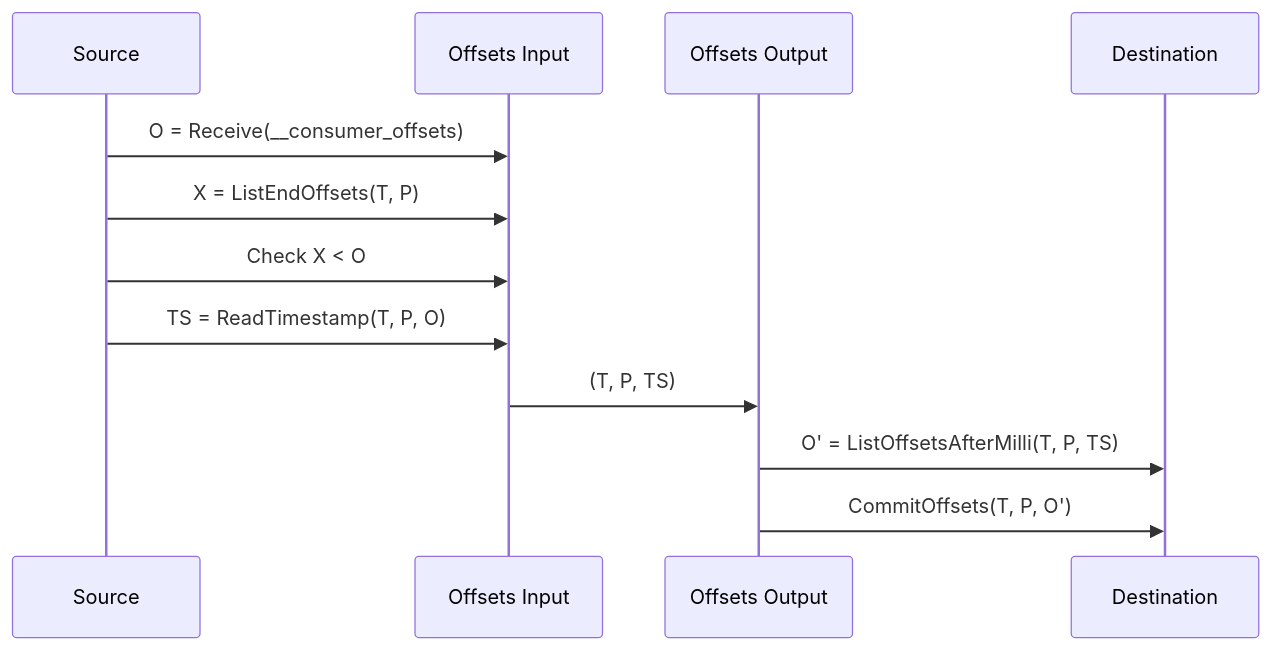
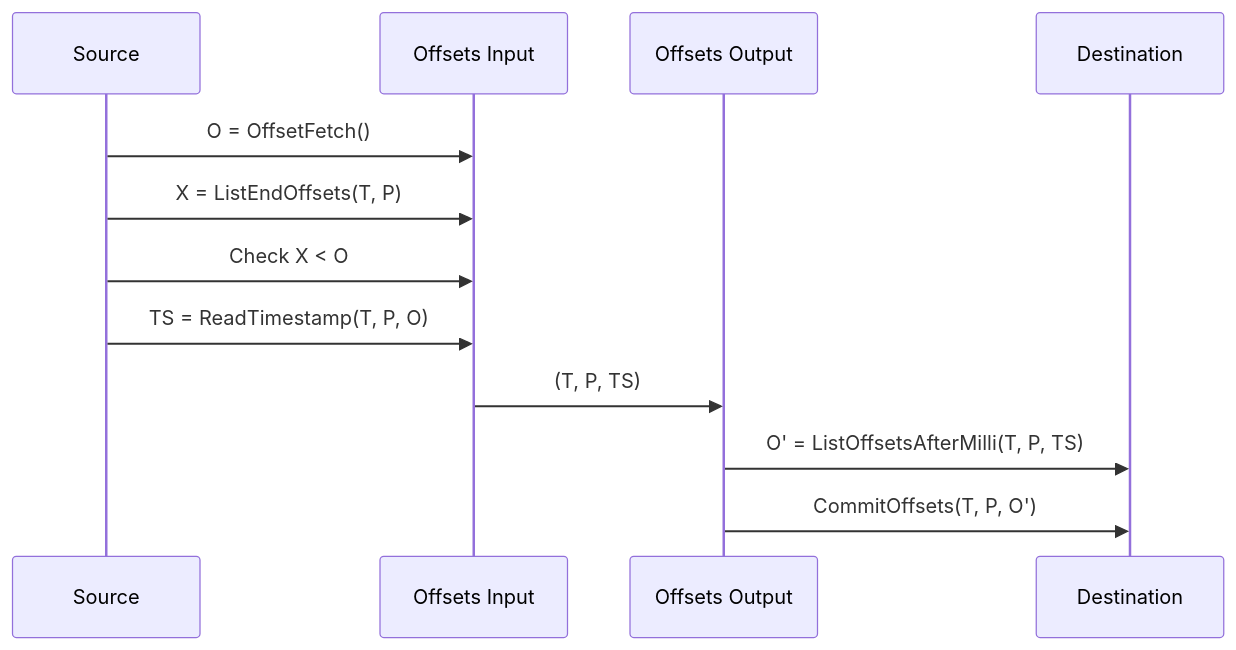
One commit to cyborginc/connect changed the first of 4 diagrams in internal/impl/kafka/redpanda_migrator.md. Above: the diagram before and after it, drawn with Mermaid. The commit also changed other lines of this file, not shown here.

Commit message:
Update Redpanda Migrator sequence diagrams

````diff
--- a/internal/impl/kafka/redpanda_migrator.md
+++ b/internal/impl/kafka/redpanda_migrator.md
@@ -23,16 +23,16 @@
 ```mermaid
 sequenceDiagram
 
 participant Source
 participant Offsets Input
 participant Offsets Output
 participant Destination
 
-Source->>Offsets Input: O = Receive(__consumer_offsets)
+Source->>Offsets Input: O = OffsetFetch()
 Source->>Offsets Input: X = ListEndOffsets(T, P)
 Source->>Offsets Input: Check X < O
 Source->>Offsets Input: TS = ReadTimestamp(T, P, O)
 Offsets Input->>Offsets Output: (T, P, TS)
 Offsets Output->>Destination: O' = ListOffsetsAfterMilli(T, P, TS)
 Offsets Output->>Destination: CommitOffsets(T, P, O')
 ```
````
